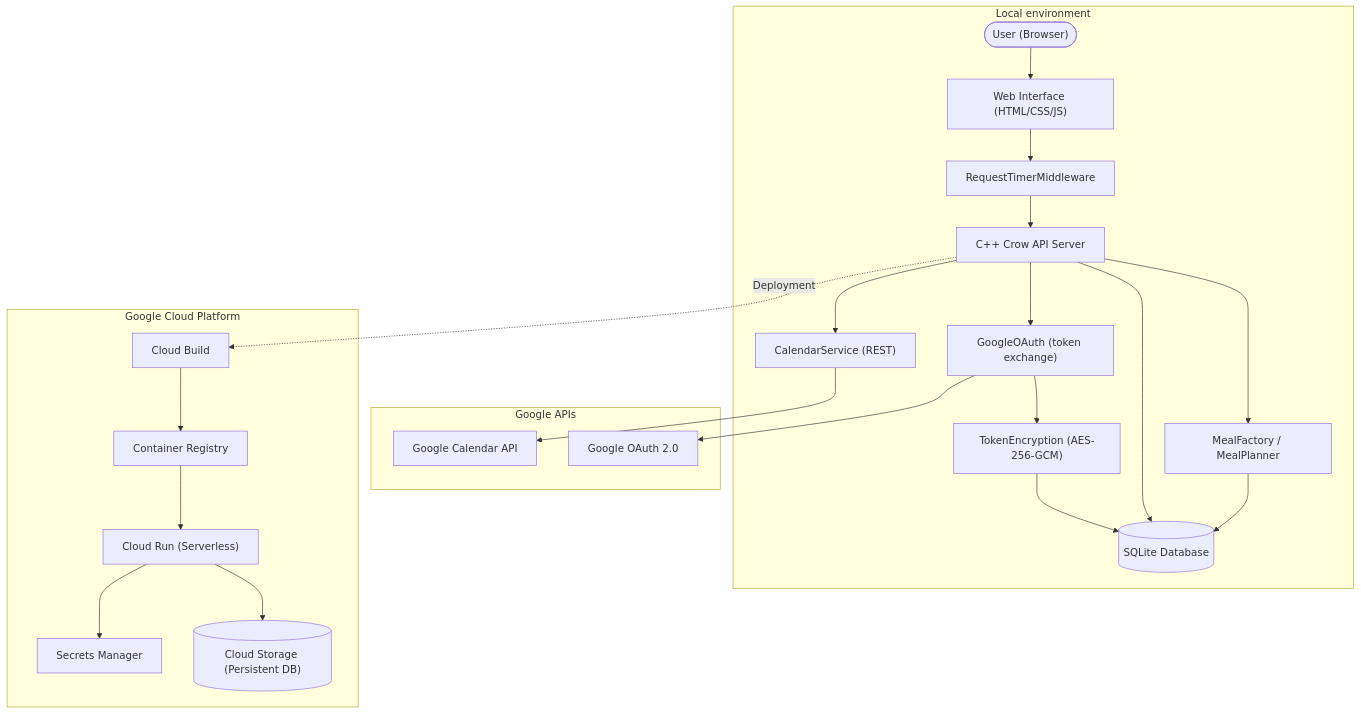
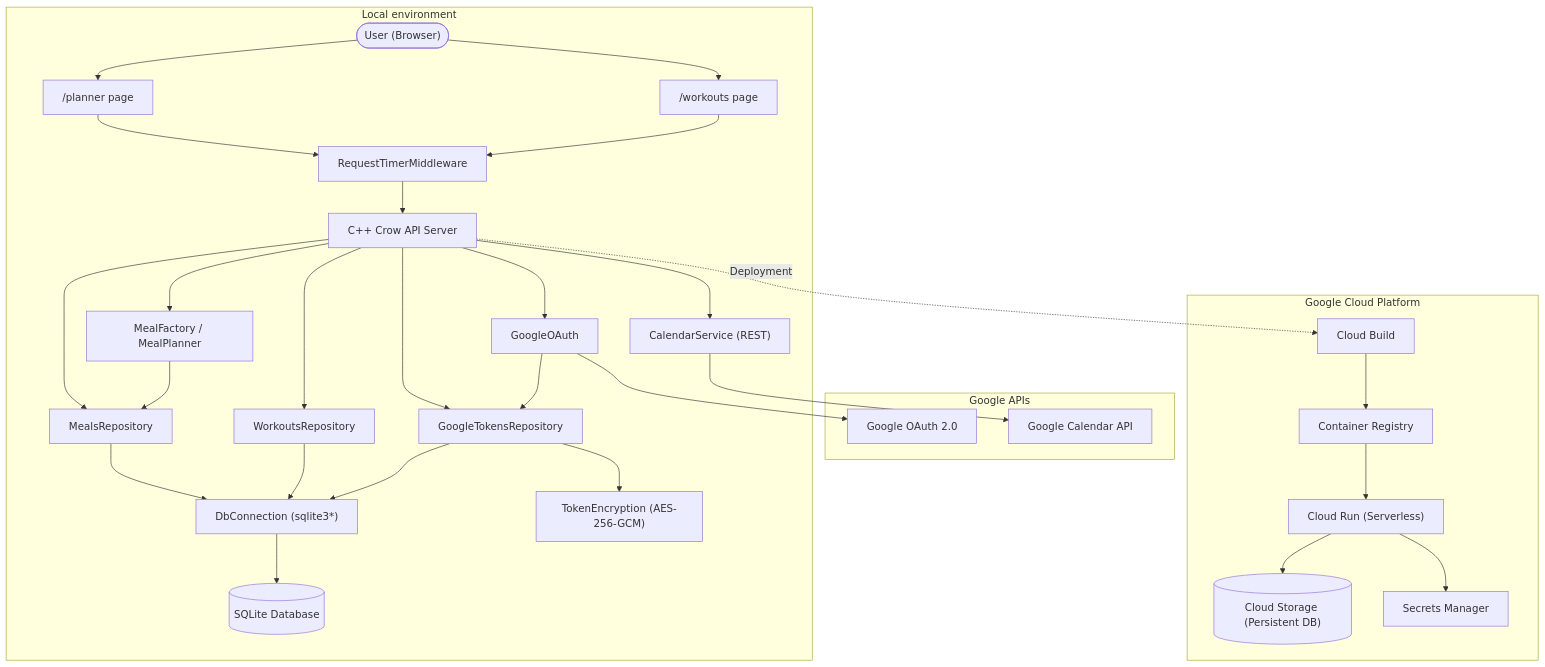
One commit to JohnnyJ5/meal_prep changed the diagram in README.md. Above: the diagram before and after it, drawn with Mermaid. The commit also changed other lines of this file and 3 other files, not shown here.

````diff
--- a/README.md
+++ b/README.md
@@ -86,29 +87,37 @@
 ```mermaid
 graph TD
     subgraph "Local environment"
-        User(["User (Browser)"]) --> WebUI["Web Interface (HTML/CSS/JS)"]
-        WebUI --> MW["RequestTimerMiddleware"]
+        User(["User (Browser)"]) --> Planner["/planner page"]
+        User --> Workouts["/workouts page"]
+        Planner --> MW["RequestTimerMiddleware"]
+        Workouts --> MW
         MW --> API["C++ Crow API Server"]
+        API --> MealsRepo["MealsRepository"]
+        API --> WorkoutsRepo["WorkoutsRepository"]
+        API --> TokensRepo["GoogleTokensRepository"]
+        MealsRepo --> Conn["DbConnection (sqlite3*)"]
+        WorkoutsRepo --> Conn
+        TokensRepo --> Conn
+        Conn --> DB[("SQLite Database")]
         API --> MF["MealFactory / MealPlanner"]
-        MF --> DB[("SQLite Database")]
-        API --> DB
-        API --> OAuth["GoogleOAuth (token exchange)"]
-        OAuth --> TE["TokenEncryption (AES-256-GCM)"]
-        TE --> DB
+        MF --> MealsRepo
+        API --> OAuth["GoogleOAuth"]
+        OAuth --> TokensRepo
+        TokensRepo --> TE["TokenEncryption (AES-256-GCM)"]
         API --> Cal["CalendarService (REST)"]
     end
 
     subgraph "Google APIs"
         OAuth --> GAuth["Google OAuth 2.0"]
         Cal --> GCal["Google Calendar API"]
     end
 
     subgraph "Google Cloud Platform"
         CB["Cloud Build"] --> GCR["Container Registry"]
         GCR --> CR["Cloud Run (Serverless)"]
         CR --> GCS[("Cloud Storage (Persistent DB)")]
         CR --> SM["Secrets Manager"]
     end
 
     API -.->|Deployment| CB
 ```
````
